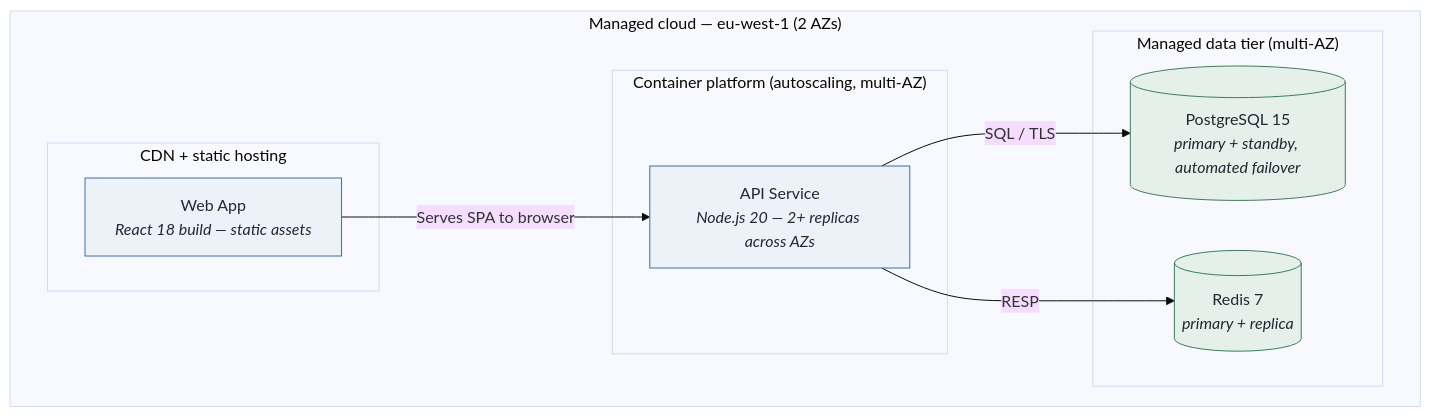
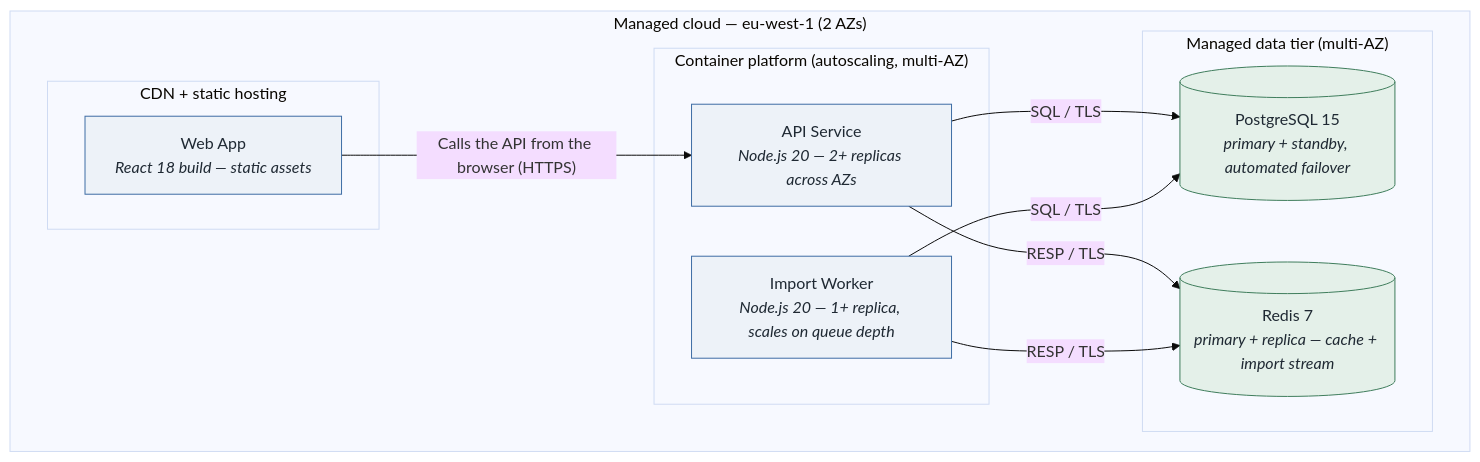
One commit to rtym/sei-architecture-methodology changed the sixth of 6 diagrams in examples/personal-finance-tracker-mermaid/add/personal-finance-tracker-Architecture.md. Above: the diagram before and after it, drawn with Mermaid (base theme). The commit also changed other lines of this file and 67 other files, not shown here.

````diff
--- a/examples/personal-finance-tracker-mermaid/add/personal-finance-tracker-Architecture.md
+++ b/examples/personal-finance-tracker-mermaid/add/personal-finance-tracker-Architecture.md
@@ -230,24 +238,27 @@
 ```mermaid
 flowchart TB
   %% Deployment — Personal Finance Tracker (production, eu-west-1, 2 AZs)
   %% name: deployment
   subgraph cloud["Managed cloud — eu-west-1 (2 AZs)"]
     subgraph edge["CDN + static hosting"]
       spa["Web App<br/><i>React 18 build — static assets</i>"]
     end
     subgraph run["Container platform (autoscaling, multi-AZ)"]
       api["API Service<br/><i>Node.js 20 — 2+ replicas across AZs</i>"]
+      worker["Import Worker<br/><i>Node.js 20 — 1+ replica, scales on queue depth</i>"]
     end
     subgraph data["Managed data tier (multi-AZ)"]
       db[("PostgreSQL 15<br/><i>primary + standby, automated failover</i>")]
-      cache[("Redis 7<br/><i>primary + replica</i>")]
+      cache[("Redis 7<br/><i>primary + replica — cache + import stream</i>")]
     end
   end
-  spa -->|"Serves SPA to browser"| api
+  spa -->|"Calls the API from the browser (HTTPS)"| api
   api -->|"SQL / TLS"| db
-  api -->|"RESP"| cache
+  api -->|"RESP / TLS"| cache
+  worker -->|"RESP / TLS"| cache
+  worker -->|"SQL / TLS"| db
   classDef internal fill:#EDF2F8,stroke:#3E6DA5,color:#1F2933;
   classDef datastore fill:#E4F0E9,stroke:#3F7D5C,color:#1F2933;
-  class spa,api internal
+  class spa,api,worker internal
   class db,cache datastore
 ```
````
